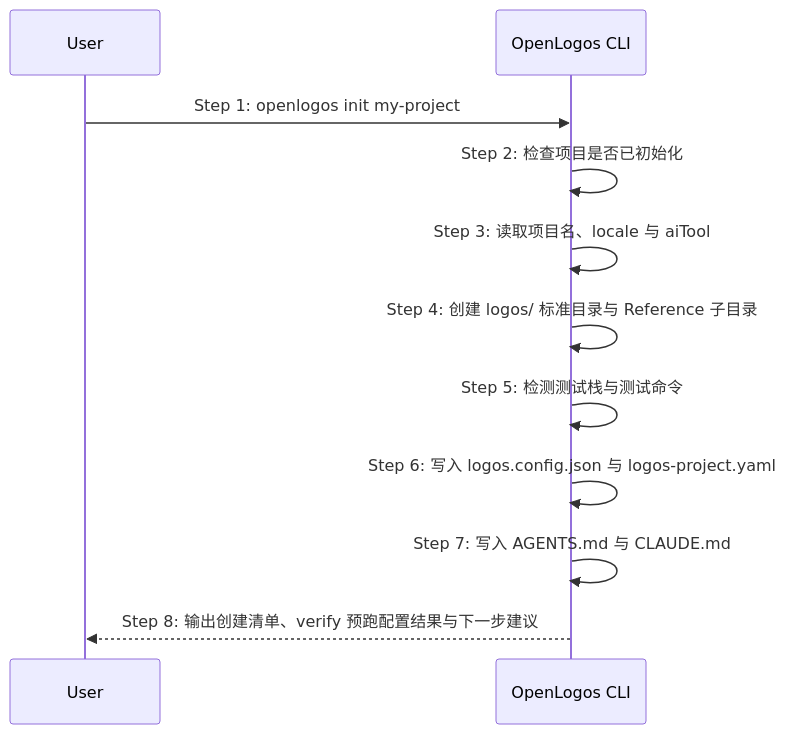
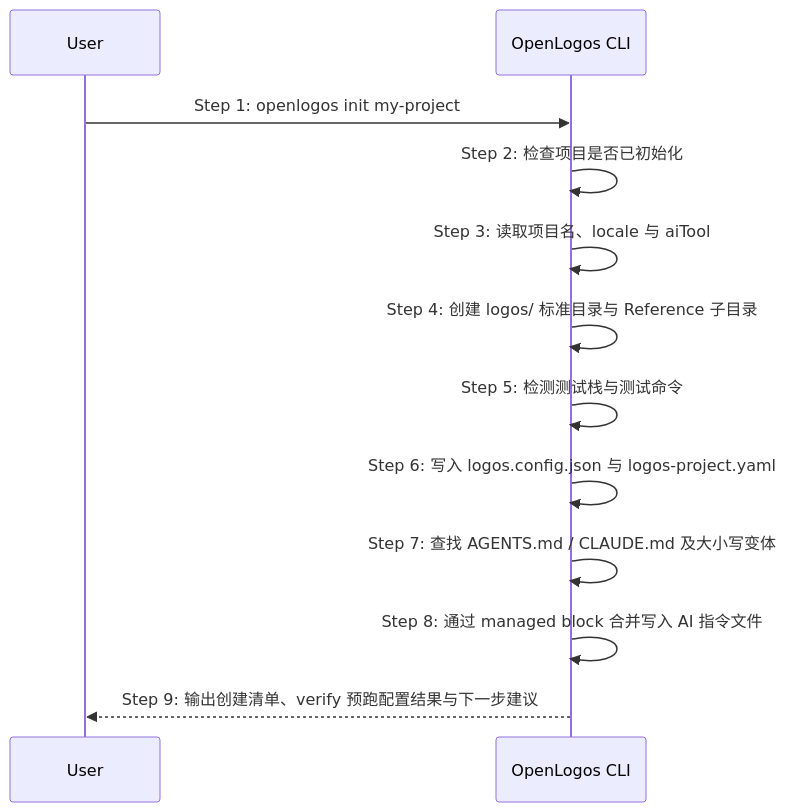
One commit to miniidealab/openlogos changed the diagram in logos/resources/prd/3-technical-plan/2-scenario-implementation/core-S01-cli-init.md. Above: the diagram before and after it, drawn with Mermaid. The commit also changed other lines of this file and 12 other files, not shown here.

````diff
--- a/logos/resources/prd/3-technical-plan/2-scenario-implementation/core-S01-cli-init.md
+++ b/logos/resources/prd/3-technical-plan/2-scenario-implementation/core-S01-cli-init.md
@@ -3,14 +4,15 @@
 ```mermaid
 sequenceDiagram
     participant U as User
     participant C as OpenLogos CLI
 
     U->>C: Step 1: openlogos init my-project
     C->>C: Step 2: 检查项目是否已初始化
     C->>C: Step 3: 读取项目名、locale 与 aiTool
     C->>C: Step 4: 创建 logos/ 标准目录与 Reference 子目录
     C->>C: Step 5: 检测测试栈与测试命令
     C->>C: Step 6: 写入 logos.config.json 与 logos-project.yaml
-    C->>C: Step 7: 写入 AGENTS.md 与 CLAUDE.md
-    C-->>U: Step 8: 输出创建清单、verify 预跑配置结果与下一步建议
+    C->>C: Step 7: 查找 AGENTS.md / CLAUDE.md 及大小写变体
+    C->>C: Step 8: 通过 managed block 合并写入 AI 指令文件
+    C-->>U: Step 9: 输出创建清单、verify 预跑配置结果与下一步建议
 ```
````
